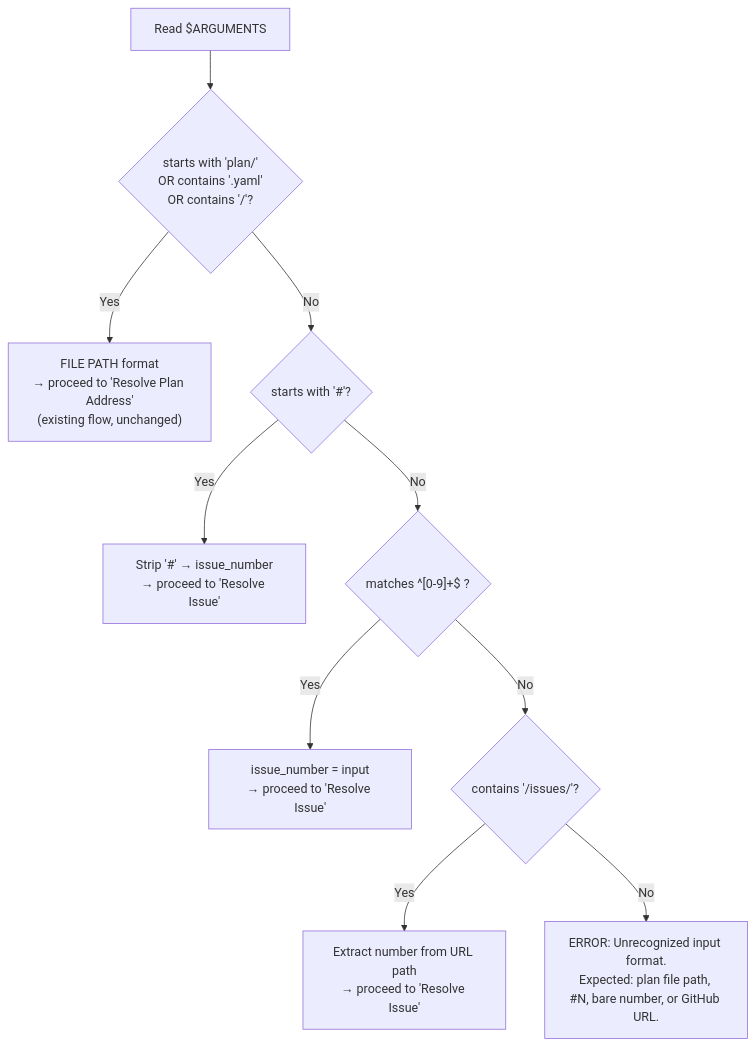
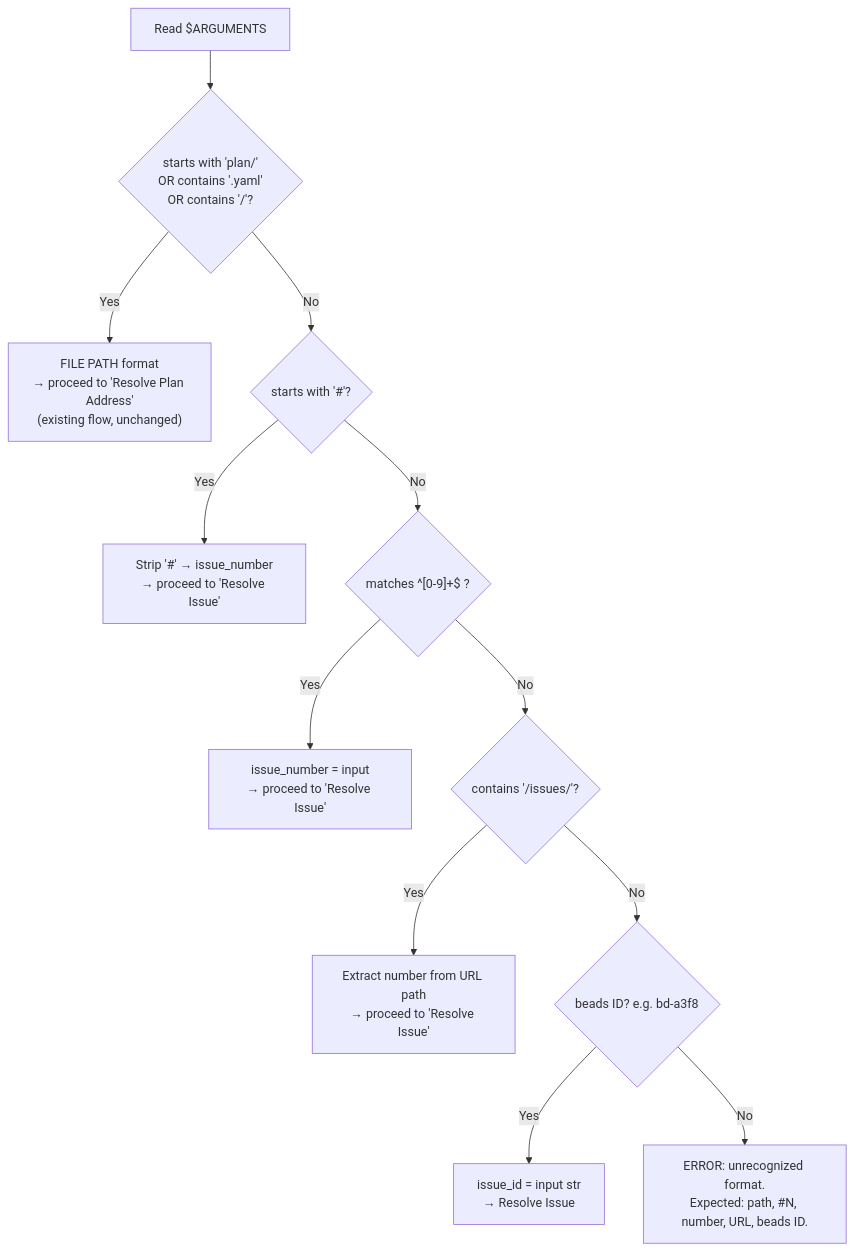
One commit to chgreer1070/claude_skills changed the first of 10 diagrams in plugins/development-harness/skills/complete-implementation/SKILL.md. Above: the diagram before and after it, drawn with Mermaid. The commit also changed other lines of this file and 2 other files, not shown here.

First line of the commit message:
docs(skills): qualify beads ID formats in add-new-feature and complete-implementation

````diff
--- a/plugins/development-harness/skills/complete-implementation/SKILL.md
+++ b/plugins/development-harness/skills/complete-implementation/SKILL.md
@@ -34,12 +34,14 @@
 ```mermaid
 flowchart TD
     Input["Read $ARGUMENTS"] --> Q1{"starts with 'plan/'<br>OR contains '.yaml'<br>OR contains '/'?"}
     Q1 -->|Yes| FilePath["FILE PATH format<br>→ proceed to 'Resolve Plan Address'<br>(existing flow, unchanged)"]
     Q1 -->|No| Q2{"starts with '#'?"}
     Q2 -->|Yes| IssueHash["Strip '#' → issue_number<br>→ proceed to 'Resolve Issue'"]
     Q2 -->|No| Q3{"matches ^[0-9]+$ ?"}
     Q3 -->|Yes| IssueBare["issue_number = input<br>→ proceed to 'Resolve Issue'"]
     Q3 -->|No| Q4{"contains '/issues/'?"}
     Q4 -->|Yes| IssueURL["Extract number from URL path<br>→ proceed to 'Resolve Issue'"]
-    Q4 -->|No| Err["ERROR: Unrecognized input format.<br>Expected: plan file path, #N, bare number, or GitHub URL."]
+    Q4 -->|No| Q5{"beads ID? e.g. bd-a3f8"}
+    Q5 -->|Yes| IssueBeads["issue_id = input str<br>→ Resolve Issue"]
+    Q5 -->|No| Err["ERROR: unrecognized format.<br>Expected: path, #N, number, URL, beads ID."]
 ```
````
